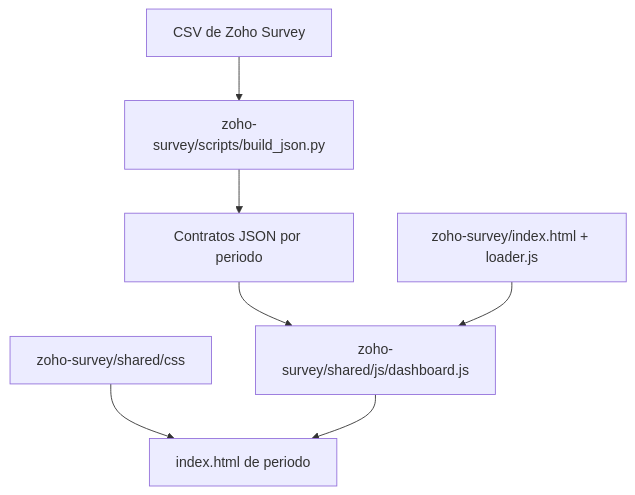
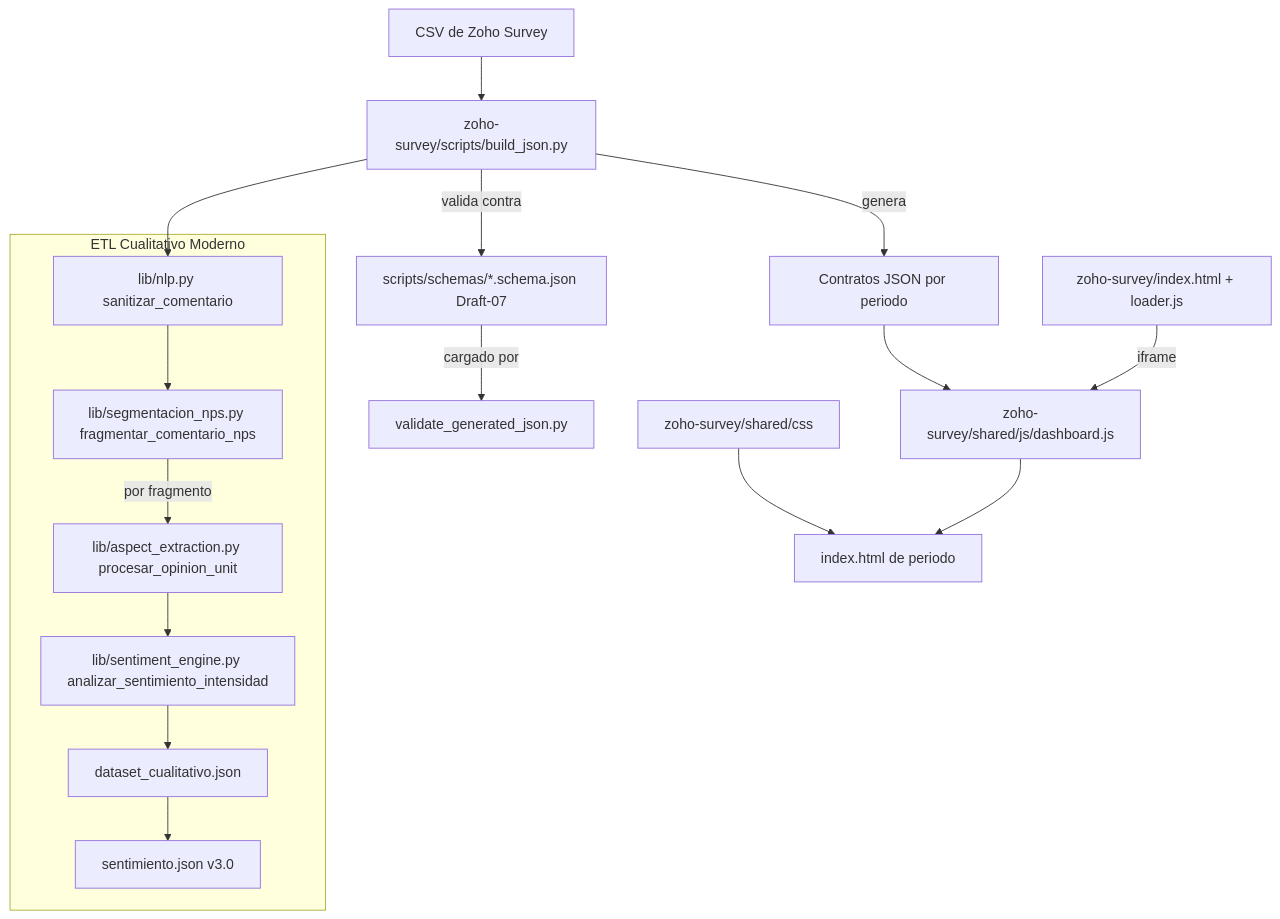
One commit to Universidad-de-Lima/survey-storytelling changed the diagram in ARCHITECTURE.md. Above: the diagram before and after it, drawn with Mermaid. The commit also changed other lines of this file and 75 other files, not shown here.

````diff
--- a/ARCHITECTURE.md
+++ b/ARCHITECTURE.md
@@ -7,9 +7,20 @@
 ```mermaid
 graph TD
     CSV[CSV de Zoho Survey] --> ETL[zoho-survey/scripts/build_json.py]
-    ETL --> JSON[Contratos JSON por periodo]
+    ETL --> |genera| JSON[Contratos JSON por periodo]
+    ETL --> |valida contra| SCHEMA[scripts/schemas/*.schema.json Draft-07]
+    SCHEMA --> |cargado por| VAL[validate_generated_json.py]
     JSON --> DASH[zoho-survey/shared/js/dashboard.js]
-    LOADER[zoho-survey/index.html + loader.js] --> DASH
+    LOADER[zoho-survey/index.html + loader.js] --> |iframe| DASH
     CSS[zoho-survey/shared/css] --> HTML[index.html de periodo]
     DASH --> HTML
+
+    subgraph ETL Cualitativo Moderno
+        SAN[lib/nlp.py sanitizar_comentario] --> SEG[lib/segmentacion_nps.py fragmentar_comentario_nps]
+        SEG --> |por fragmento| ASP[lib/aspect_extraction.py procesar_opinion_unit]
+        ASP --> SEN[lib/sentiment_engine.py analizar_sentimiento_intensidad]
+        SEN --> DC[dataset_cualitativo.json]
+        DC --> ST[sentimiento.json v3.0]
+    end
+    ETL --> SAN
 ```
````
